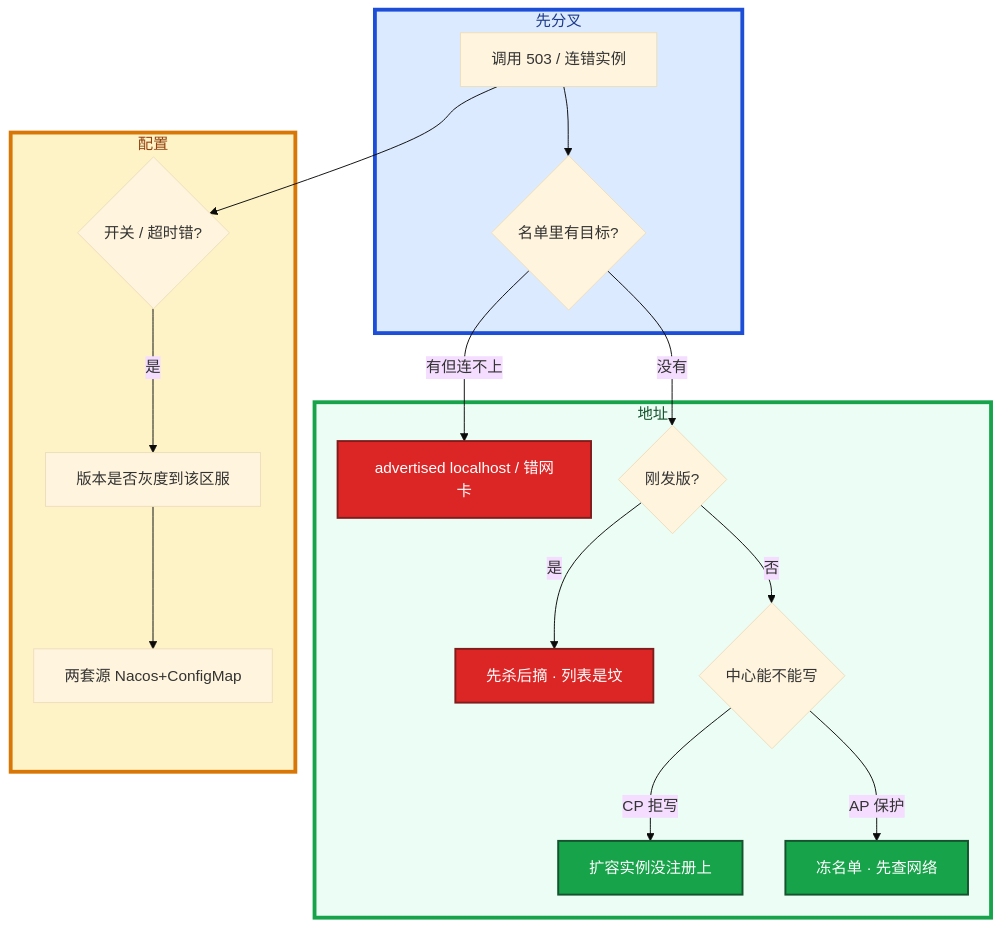
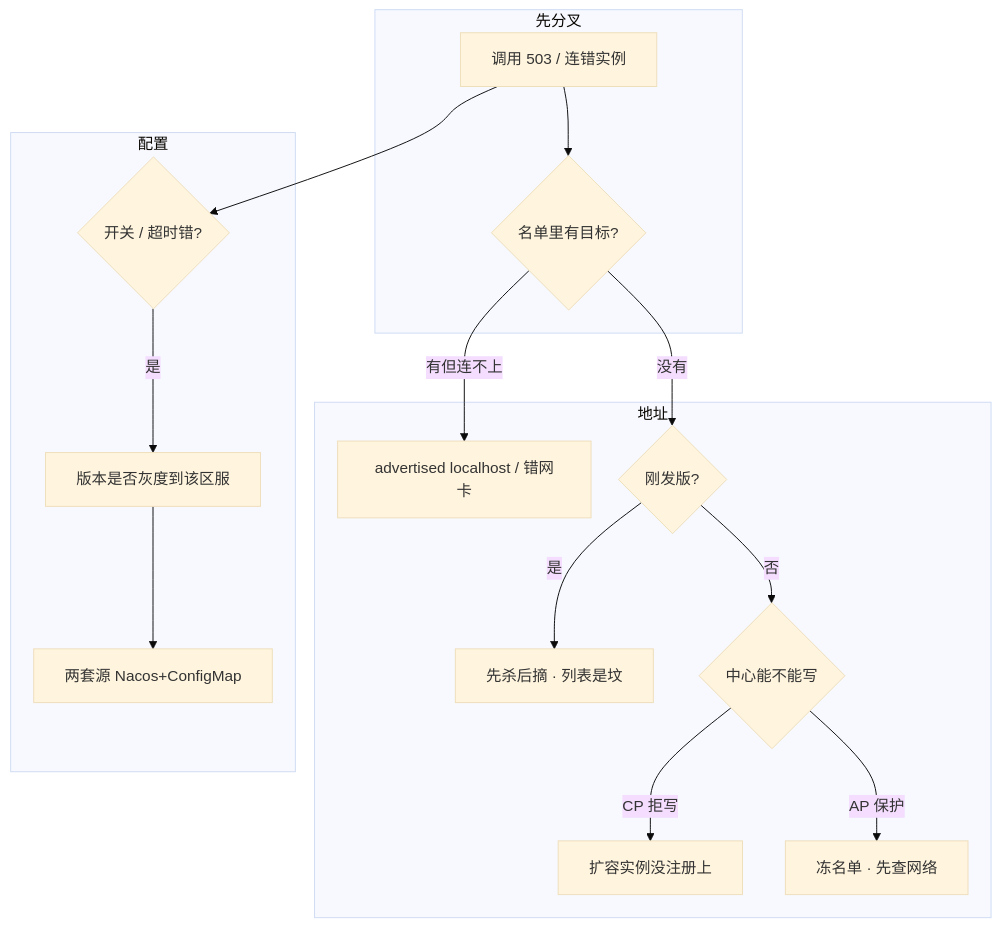
The eighth of 8 diagrams in 02-中间件与数据库/08-注册中心与配置中心/知识点.md (ml-cuizijun/LearnToLilith), drawn with Mermaid before and after one commit. The commit also changed other lines of this file and 470 other files, not shown here.

````diff
--- a/02-中间件与数据库/08-注册中心与配置中心/知识点.md
+++ b/02-中间件与数据库/08-注册中心与配置中心/知识点.md
@@ -549,31 +525,26 @@
 ```mermaid
 %%{init: {"flowchart": {"padding": 16, "nodeSpacing": 28, "rankSpacing": 48}, "theme": "base"}}%%
 flowchart TB
     subgraph gate ["先分叉"]
         A[调用 503 / 连错实例] --> B{名单里有目标?}
     end
 
     subgraph addr ["地址"]
         B -->|有但连不上| C[advertised localhost / 错网卡]
         B -->|没有| D{刚发版?}
         D -->|是| E[先杀后摘 · 列表是坟]
         D -->|否| F{中心能不能写}
         F -->|CP 拒写| G[扩容实例没注册上]
         F -->|AP 保护| H[冻名单 · 先查网络]
     end
 
     subgraph cfg ["配置"]
         A --> I{开关 / 超时错?}
         I -->|是| J[版本是否灰度到该区服]
         J --> K[两套源 Nacos+ConfigMap]
     end
 
-    classDef bad fill:#DC2626,stroke:#7F1D1D,stroke-width:2px,color:#fff
-    classDef ok fill:#16A34A,stroke:#14532D,stroke-width:2px,color:#fff
     class E,C bad
     class H,G ok
 
-    style gate fill:#DBEAFE,stroke:#1D4ED8,stroke-width:4px,color:#1E3A8A
-    style addr fill:#ECFDF5,stroke:#16A34A,stroke-width:4px,color:#14532D
-    style cfg fill:#FEF3C7,stroke:#D97706,stroke-width:4px,color:#92400E
 ```
````
